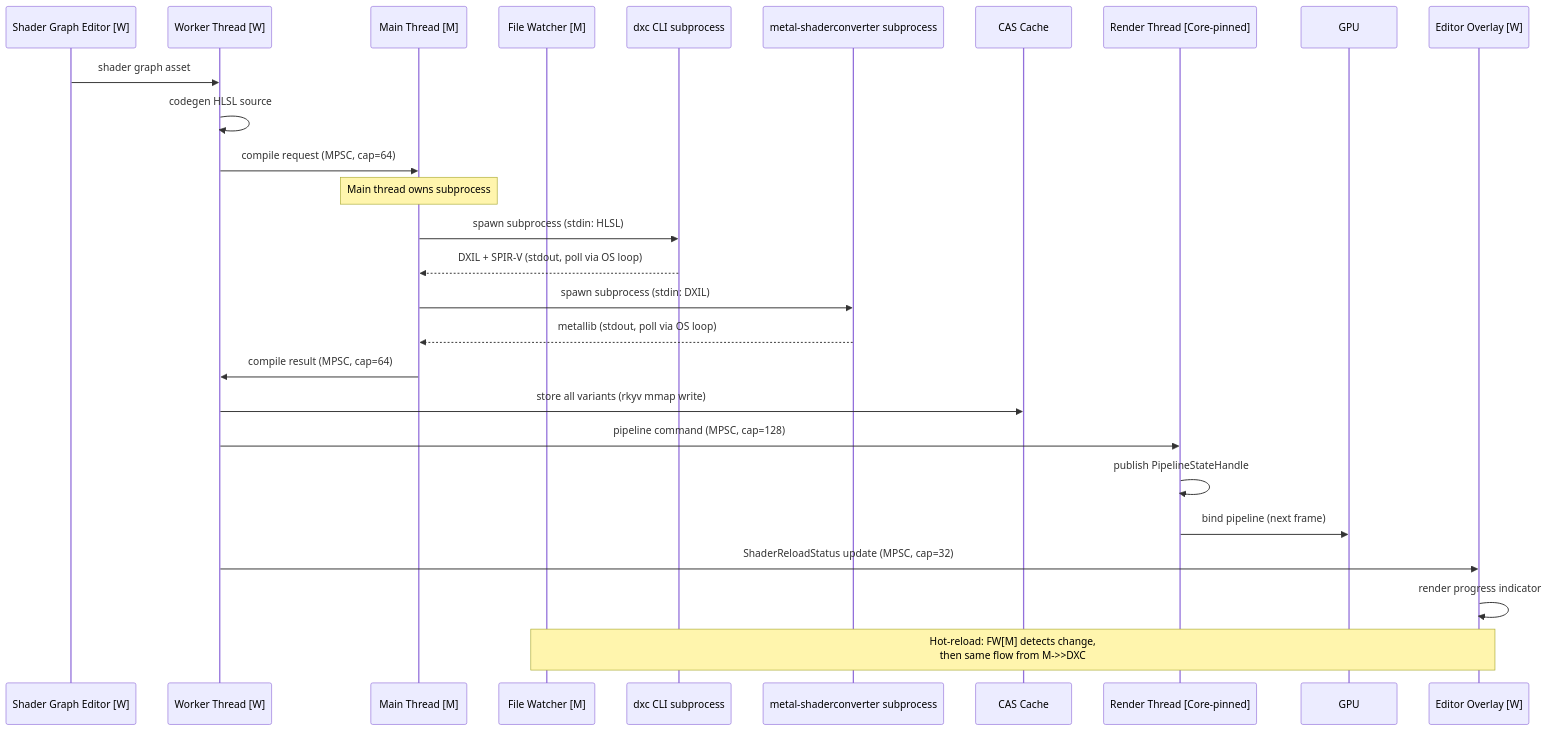
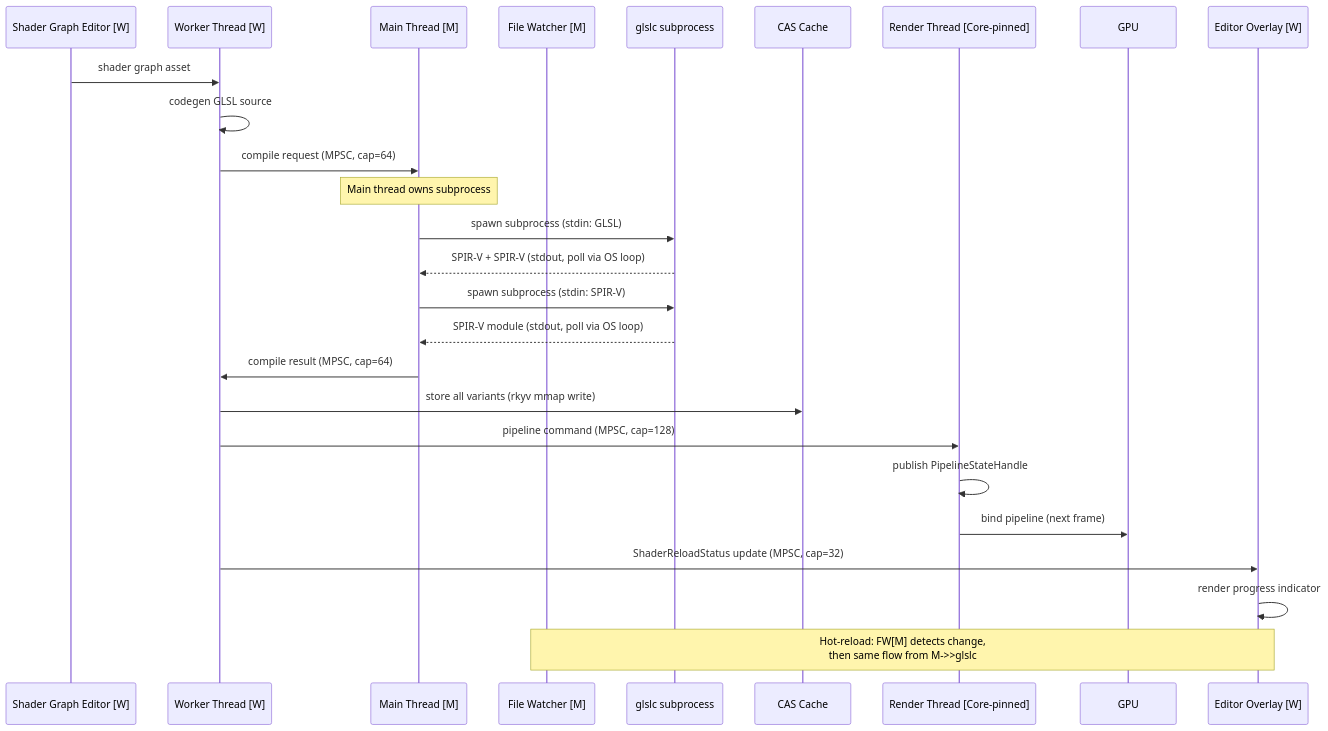
Before and after one commit to harmonius-dev/harmonius: the second of 4 diagrams in docs/design/integration/asset-pipeline-rendering.md, drawn with Mermaid. The commit also changed other lines of this file and 128 other files, not shown here.

````diff
--- a/docs/design/integration/asset-pipeline-rendering.md
+++ b/docs/design/integration/asset-pipeline-rendering.md
@@ -570,31 +570,31 @@
 ```mermaid
 sequenceDiagram
     participant SG as Shader Graph Editor [W]
     participant W as Worker Thread [W]
     participant M as Main Thread [M]
     participant FW as File Watcher [M]
-    participant DXC as dxc CLI subprocess
-    participant MSC as metal-shaderconverter subprocess
+    participant glslc as glslc CLI subprocess
+    participant glslc as glslc subprocess
     participant CAS as CAS Cache
     participant R as Render Thread [Core-pinned]
     participant GPU as GPU
     participant UI as Editor Overlay [W]
 
     SG->>W: shader graph asset
-    W->>W: codegen HLSL source
+    W->>W: codegen GLSL source
     W->>M: compile request (MPSC, cap=64)
     Note over M: Main thread owns subprocess
-    M->>DXC: spawn subprocess (stdin: HLSL)
-    DXC-->>M: DXIL + SPIR-V (stdout, poll via OS loop)
-    M->>MSC: spawn subprocess (stdin: DXIL)
-    MSC-->>M: metallib (stdout, poll via OS loop)
+    M->>glslc: spawn subprocess (stdin: GLSL)
+    glslc-->>M: SPIR-V + SPIR-V (stdout, poll via OS loop)
+    M->>glslc: spawn subprocess (stdin: SPIR-V)
+    glslc-->>M: SPIR-V module (stdout, poll via OS loop)
     M->>W: compile result (MPSC, cap=64)
     W->>CAS: store all variants (rkyv mmap write)
     W->>R: pipeline command (MPSC, cap=128)
     R->>R: publish PipelineStateHandle
     R->>GPU: bind pipeline (next frame)
     W->>UI: ShaderReloadStatus update (MPSC, cap=32)
     UI->>UI: render progress indicator
 
-    Note over FW,UI: Hot-reload: FW[M] detects change,<br/>then same flow from M->>DXC
+    Note over FW,UI: Hot-reload: FW[M] detects change,<br/>then same flow from M->>glslc
 ```
````
